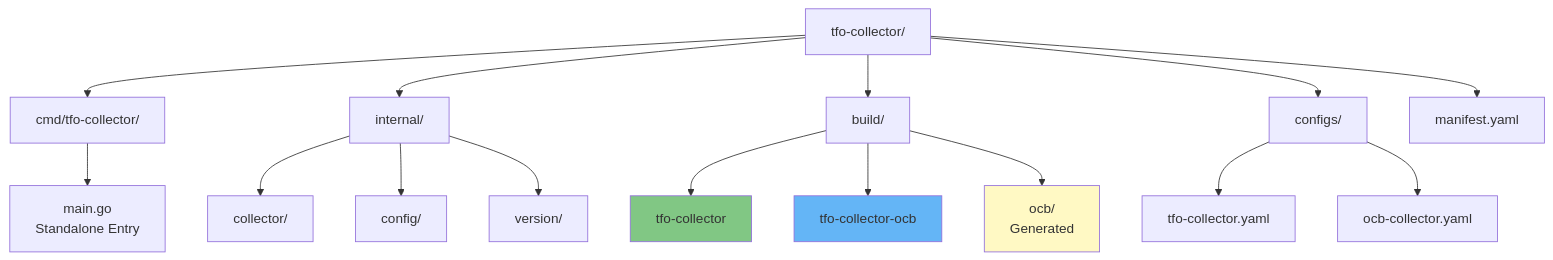
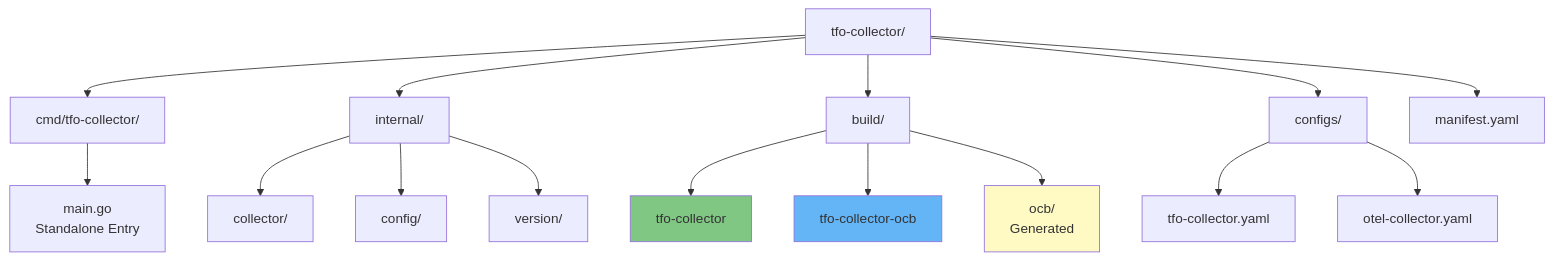
One commit to telemetryflow/telemetryflow-collector changed the fourth of 4 diagrams in docs/BUILD-SYSTEM.md. Above: the diagram before and after it, drawn with Mermaid. The commit also changed other lines of this file and 35 other files, not shown here.

Commit message:
Refactoring TFO-Collector Standalone capabilities and add more addons component to TFO-Collector OCB

````diff
--- a/docs/BUILD-SYSTEM.md
+++ b/docs/BUILD-SYSTEM.md
@@ -268,27 +291,27 @@
 ```mermaid
 graph TD
     ROOT[tfo-collector/]
 
     ROOT --> CMD[cmd/tfo-collector/]
     ROOT --> INTERNAL[internal/]
     ROOT --> BUILD[build/]
     ROOT --> CONFIGS[configs/]
     ROOT --> MANIFEST[manifest.yaml]
 
     CMD --> MAIN[main.go<br/>Standalone Entry]
 
     INTERNAL --> COLLECTOR[collector/]
     INTERNAL --> CONFIG[config/]
     INTERNAL --> VERSION[version/]
 
     BUILD --> BIN1[tfo-collector]
     BUILD --> BIN2[tfo-collector-ocb]
     BUILD --> OCB[ocb/<br/>Generated]
 
     CONFIGS --> CFG1[tfo-collector.yaml]
-    CONFIGS --> CFG2[ocb-collector.yaml]
+    CONFIGS --> CFG2[otel-collector.yaml]
 
     style BIN1 fill:#81C784
     style BIN2 fill:#64B5F6
     style OCB fill:#FFF9C4
 ```
````
